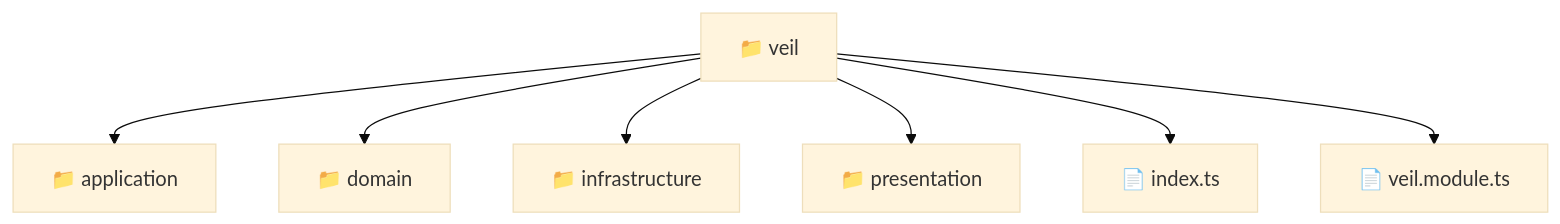
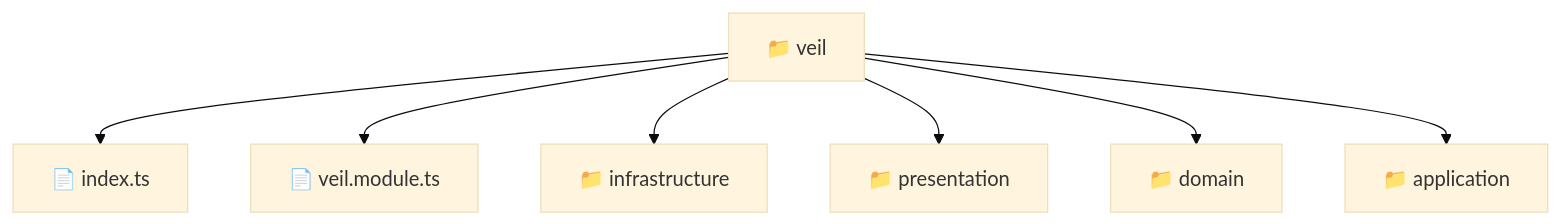
One commit to beginwebdev2002/fullstack-mavluda changed the diagram in backend/src/modules/veil/README.md. Above: the diagram before and after it, drawn with Mermaid (base theme). The commit also changed other lines of this file and 164 other files, not shown here.

First line of the commit message:
docs: generate robust autonomous architectural documentation

````diff
--- a/backend/src/modules/veil/README.md
+++ b/backend/src/modules/veil/README.md
@@ -9,10 +11,10 @@
 ```mermaid
 graph TD
-  Root["📁 veil"]
-  Root --> application["📁 application"]
-  Root --> domain["📁 domain"]
-  Root --> infrastructure["📁 infrastructure"]
-  Root --> presentation["📁 presentation"]
-  Root --> index_ts["📄 index.ts"]
-  Root --> veil_module_ts["📄 veil.module.ts"]
+    f_veil["📁 veil"]
+    f_veil --> f_index_ts["📄 index.ts"]
+    f_veil --> f_veil_module_ts["📄 veil.module.ts"]
+    f_veil --> f_infrastructure["📁 infrastructure"]
+    f_veil --> f_presentation["📁 presentation"]
+    f_veil --> f_domain["📁 domain"]
+    f_veil --> f_application["📁 application"]
 ```
````
